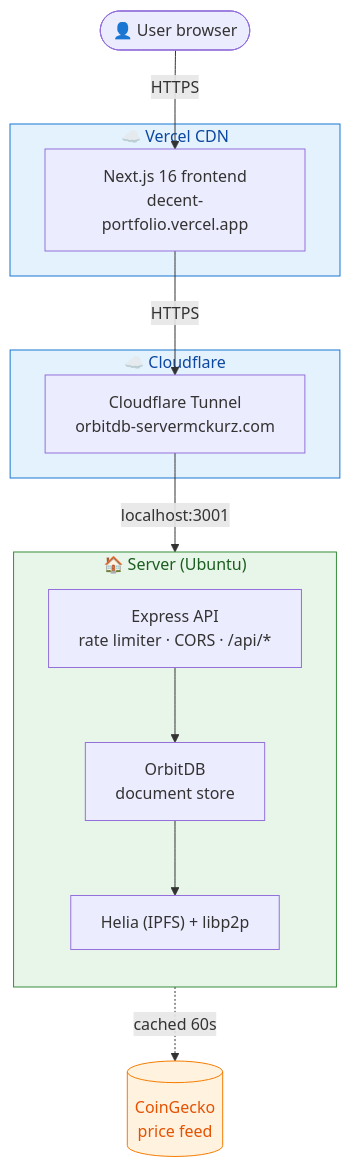
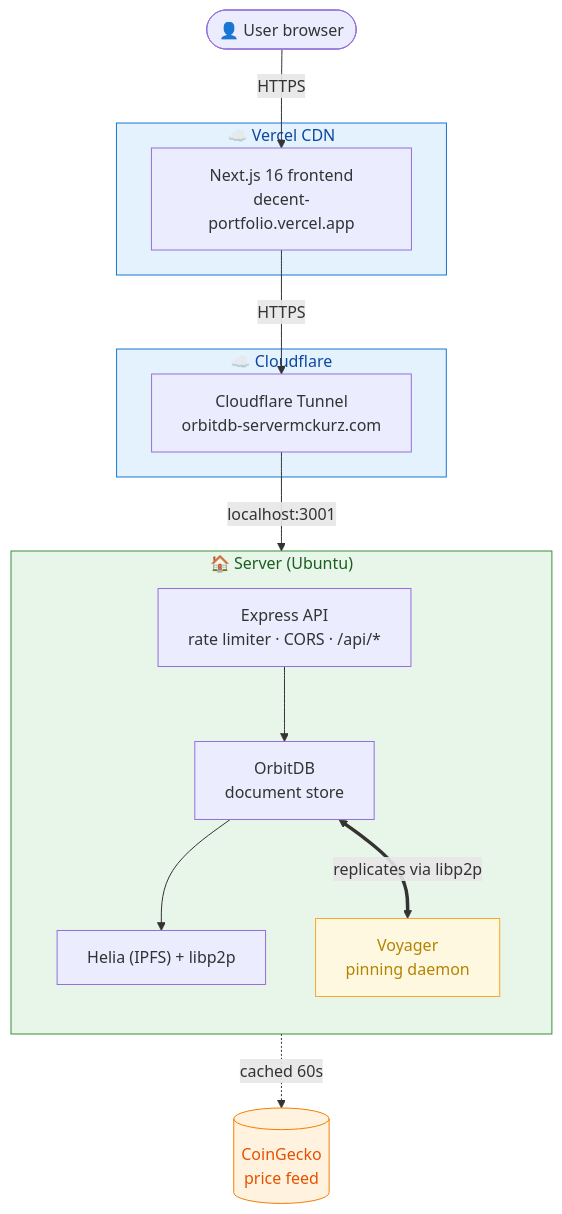
The diagram in README.md (georgemac510/decent-portfolio), drawn with Mermaid before and after one commit. The commit also changed other lines of this file and 5 other files, not shown here.

````diff
--- a/README.md
+++ b/README.md
@@ -17,35 +17,39 @@
 ```mermaid
 flowchart TB
     user(["👤 User browser"])
 
     subgraph vercel["☁️ Vercel CDN"]
         frontend["Next.js 16 frontend<br/>decent-portfolio.vercel.app"]
     end
 
     subgraph cloudflare["☁️ Cloudflare"]
         tunnel["Cloudflare Tunnel<br/>orbitdb-servermckurz.com"]
     end
 
     subgraph homeserver["🏠 Server (Ubuntu)"]
         direction TB
         express["Express API<br/>rate limiter · CORS · /api/*"]
         orbitdb["OrbitDB<br/>document store"]
         helia["Helia (IPFS) + libp2p"]
+        voyager["Voyager<br/>pinning daemon"]
         express --> orbitdb
         orbitdb --> helia
+        orbitdb <==>|"replicates via libp2p"| voyager
     end
 
     coingecko[("CoinGecko<br/>price feed")]
 
     user -- HTTPS --> frontend
     frontend -- HTTPS --> tunnel
     tunnel -- "localhost:3001" --> express
     express -. "cached 60s" .-> coingecko
 
     classDef cloud fill:#e3f2fd,stroke:#1976d2,color:#0d47a1
     classDef home fill:#e8f5e9,stroke:#388e3c,color:#1b5e20
     classDef external fill:#fff3e0,stroke:#f57c00,color:#e65100
+    classDef voyager fill:#fff8e1,stroke:#f9a825,color:#b48400
     class vercel,cloudflare cloud
     class homeserver home
     class coingecko external
+    class voyager voyager
 ```
````
